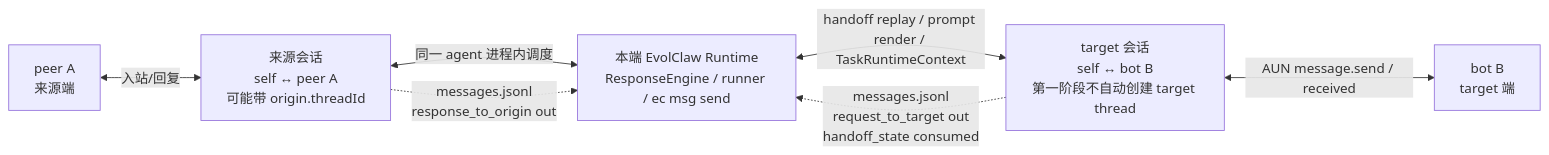
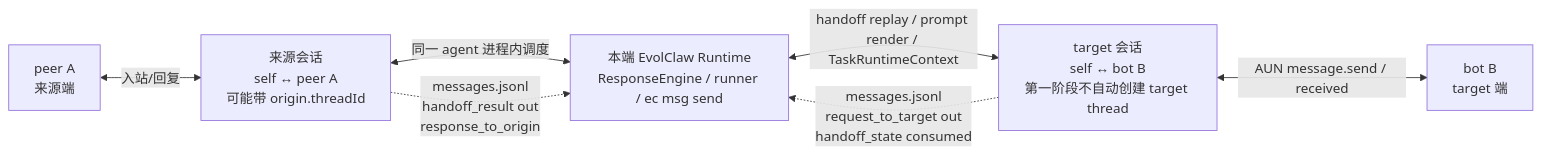
Before and after one commit to eLeanwang/evolclaw: the first of 2 diagrams in docs/msg-send-cross-session-handoff-append-only-design.md, drawn with Mermaid. The commit also changed other lines of this file and 45 other files, not shown here.

````diff
--- a/docs/msg-send-cross-session-handoff-append-only-design.md
+++ b/docs/msg-send-cross-session-handoff-append-only-design.md
@@ -228,16 +234,16 @@
 ```mermaid
 flowchart LR
     PeerA["peer A<br/>来源端"]
     Origin["来源会话<br/>self ↔ peer A<br/>可能带 origin.threadId"]
     Runtime["本端 EvolClaw Runtime<br/>ResponseEngine / runner / ec msg send"]
     TargetSession["target 会话<br/>self ↔ bot B<br/>第一阶段不自动创建 target thread"]
     BotB["bot B<br/>target 端"]
 
     PeerA <-->|入站/回复| Origin
     Origin <-->|同一 agent 进程内调度| Runtime
     Runtime <-->|handoff replay / prompt render / TaskRuntimeContext| TargetSession
     TargetSession <-->|AUN message.send / received| BotB
 
-    Origin -.->|"messages.jsonl<br/>response_to_origin out"| Runtime
+    Origin -.->|"messages.jsonl<br/>handoff_result out<br/>response_to_origin"| Runtime
     TargetSession -.->|"messages.jsonl<br/>request_to_target out<br/>handoff_state consumed"| Runtime
 ```
````
